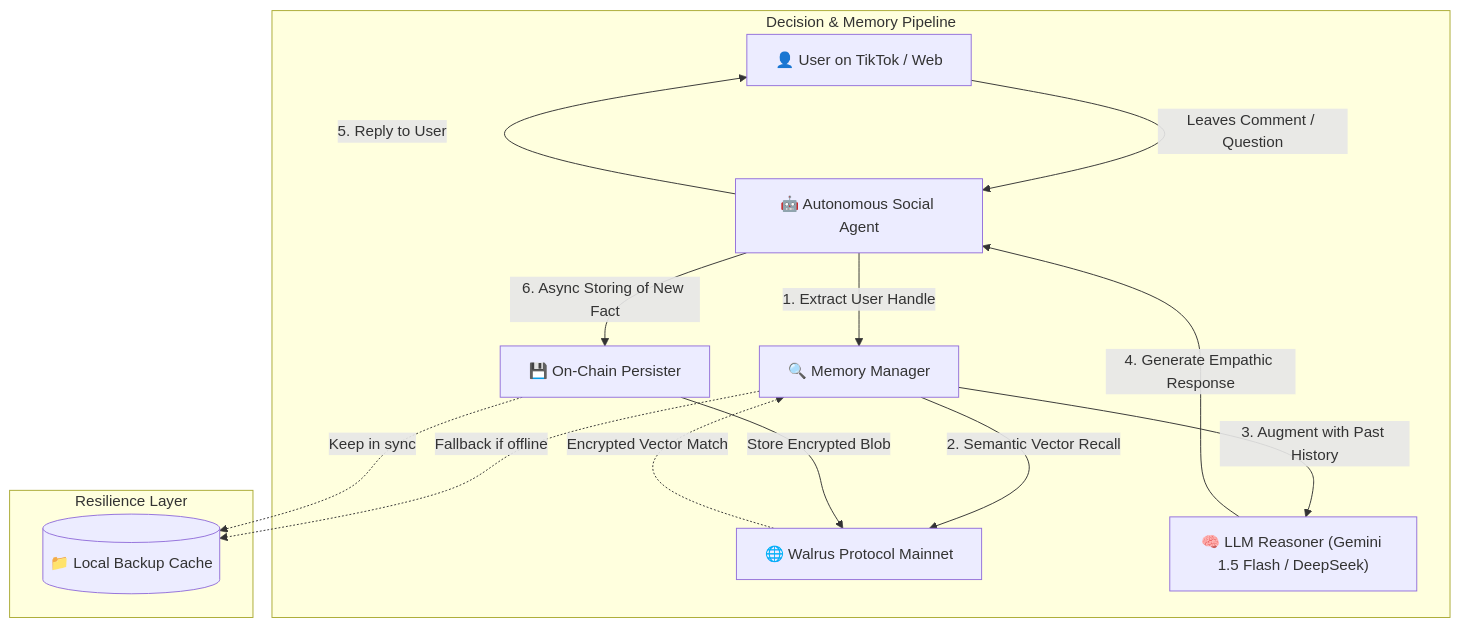
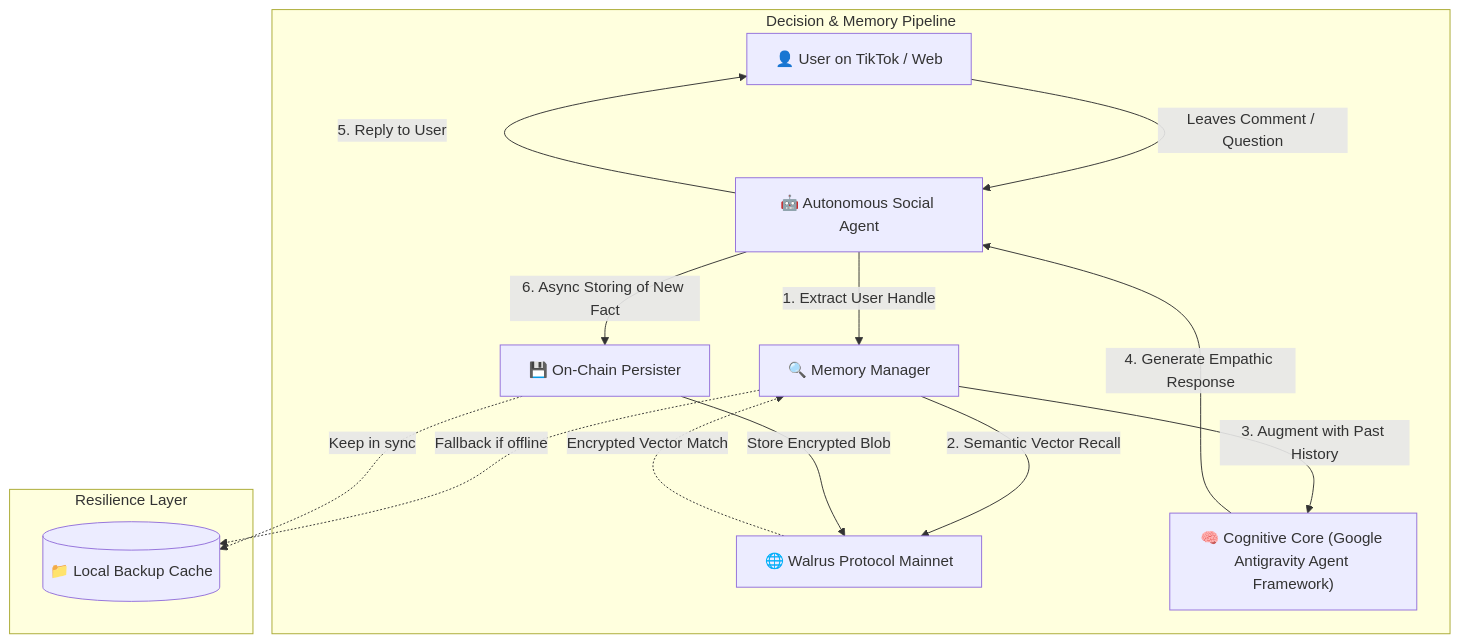
The diagram in docs/ARCHITECTURE.md (laymore/walrus-social-agent), drawn with Mermaid before and after one commit. The commit also changed other lines of this file and 9 other files, not shown here.

Commit message:
docs: credit Google Antigravity Agent Framework as cognitive core for Beyond the Big Two track

````diff
--- a/docs/ARCHITECTURE.md
+++ b/docs/ARCHITECTURE.md
@@ -11,20 +11,20 @@
 ```mermaid
 flowchart TD
     A["👤 User on TikTok / Web"] -->|"Leaves Comment / Question"| B["🤖 Autonomous Social Agent"]
     
     subgraph "Decision & Memory Pipeline"
         B -->|"1. Extract User Handle"| C["🔍 Memory Manager"]
         C -->|"2. Semantic Vector Recall"| D["🌐 Walrus Protocol Mainnet"]
         D -.->|"Encrypted Vector Match"| C
-        C -->|"3. Augment with Past History"| E["🧠 LLM Reasoner (Gemini 1.5 Flash / DeepSeek)"]
+        C -->|"3. Augment with Past History"| E["🧠 Cognitive Core (Google Antigravity Agent Framework)"]
         E -->|"4. Generate Empathic Response"| B
         B -->|"5. Reply to User"| A
         B -->|"6. Async Storing of New Fact"| F["💾 On-Chain Persister"]
         F -->|"Store Encrypted Blob"| D
     end
 
     subgraph "Resilience Layer"
         C -.->|"Fallback if offline"| G[("📁 Local Backup Cache")]
         F -.->|"Keep in sync"| G
     end
 ```
````
